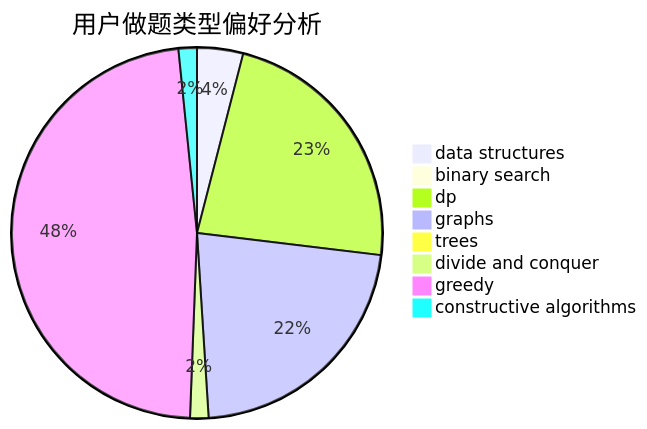
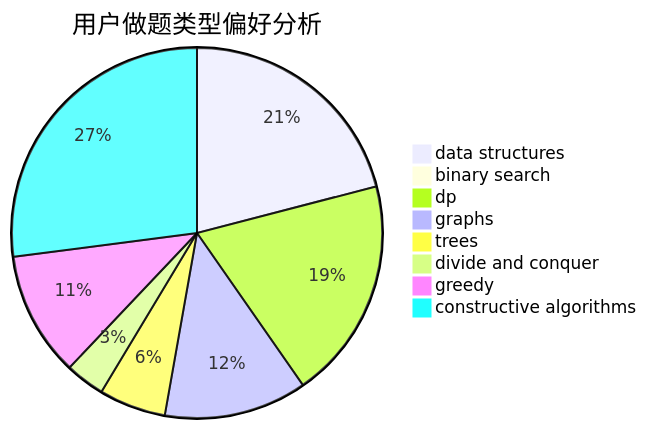
Before and after one commit to sherpahu/cfrs.github.io: the second of 3 diagrams in docs/user/u803.md, drawn with Mermaid. The commit also changed other lines of this file and 2770 other files, not shown here.

````diff
--- a/docs/user/u803.md
+++ b/docs/user/u803.md
@@ -23,11 +23,11 @@
 ```mermaid
 pie title 用户做题类型偏好分析
-    "data structures" :  10
-    "binary search" :  0
-    "dp" :  57
-    "graphs" :  55
-    "trees" :  0
-    "divide and conquer" :  4
-    "greedy" :  119
-    "constructive algorithms" :  4
+    "data structures" :  79
+    "binary search" :  3
+    "dp" :  73
+    "graphs" :  47
+    "trees" :  22
+    "divide and conquer" :  13
+    "greedy" :  41
+    "constructive algorithms" :  102
 ```
````
